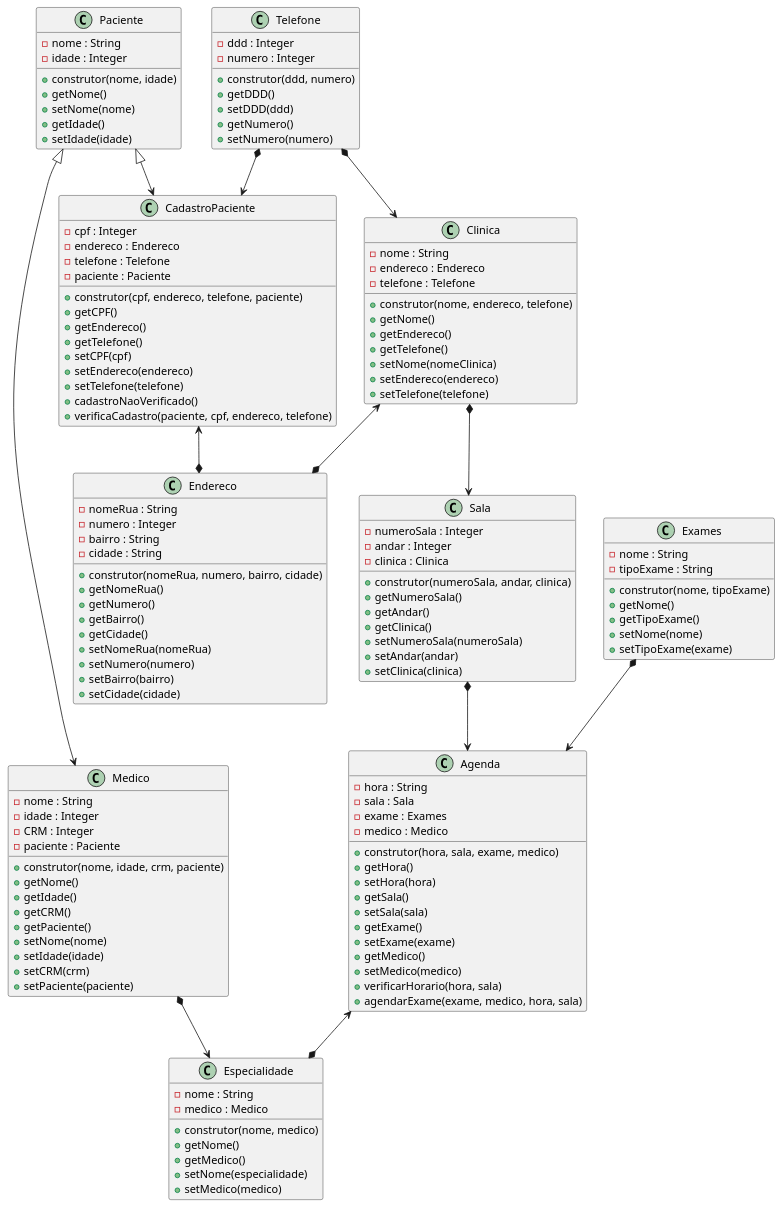
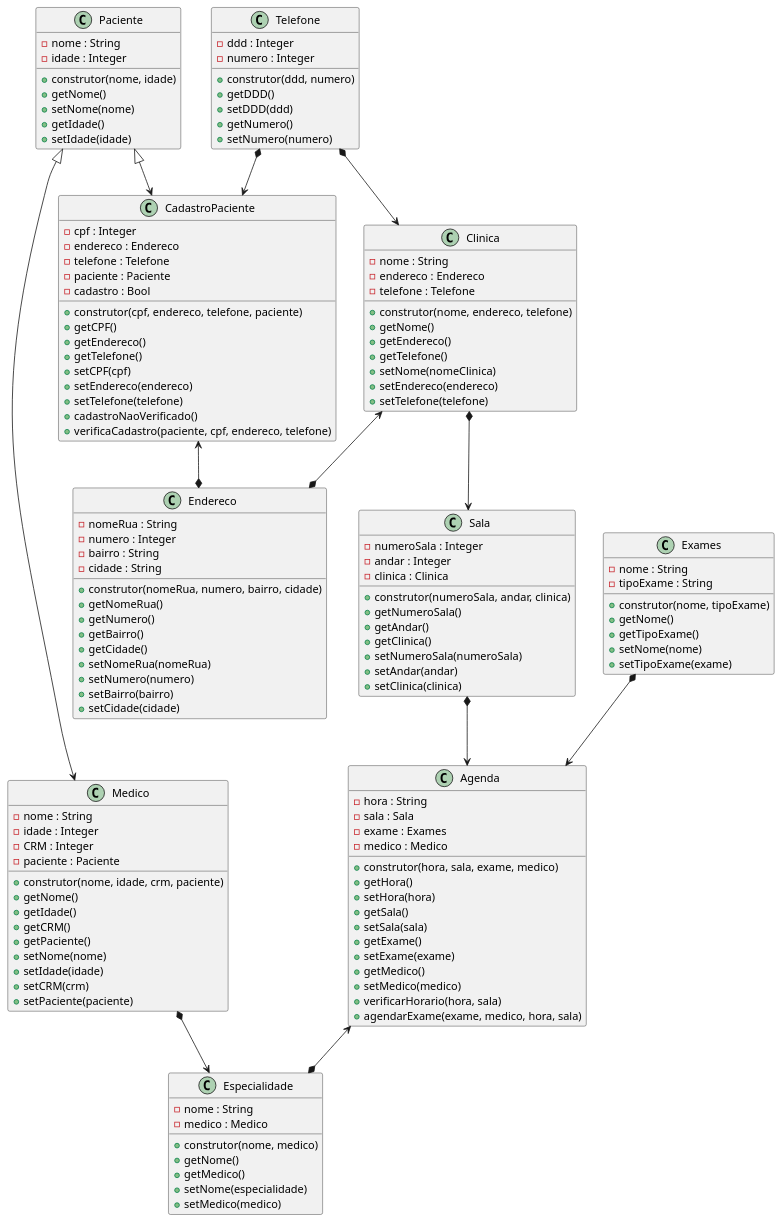
One commit to anleaes/2022-1-N2-POO-03 changed the diagram in diagrama.plantuml. Above: the diagram before and after it, drawn with PlantUML.

Commit message:
incluido atributo cadastro tipo bool em cadastroPaciente

```diff
--- a/diagrama.plantuml
+++ b/diagrama.plantuml
@@ -1,147 +1,148 @@
 @startuml Gerenciamento de Exames Medicos
 
     class Agenda{
         - hora : String
         - sala : Sala
         - exame : Exames
         - medico : Medico
         + construtor(hora, sala, exame, medico)
         + getHora()
         + setHora(hora)
         + getSala()
         + setSala(sala)
         + getExame()
         + setExame(exame)
         + getMedico()
         + setMedico(medico)
         + verificarHorario(hora, sala)
         + agendarExame(exame, medico, hora, sala)
     }
 
     class Paciente{
         - nome : String
         - idade : Integer
         + construtor(nome, idade)
         + getNome()
         + setNome(nome)
         + getIdade()
         + setIdade(idade)
     }
 
     class CadastroPaciente{
         - cpf : Integer
         - endereco : Endereco
         - telefone : Telefone
         - paciente : Paciente
+        - cadastro : Bool
         + construtor(cpf, endereco, telefone, paciente)
         + getCPF()
         + getEndereco()
         + getTelefone()
         + setCPF(cpf)
         + setEndereco(endereco)
         + setTelefone(telefone)
         + cadastroNaoVerificado()
         + verificaCadastro(paciente, cpf, endereco, telefone)
     }
 
     class Medico{
         - nome : String
         - idade : Integer
         - CRM : Integer
         - paciente : Paciente
         + construtor(nome, idade, crm, paciente)
         + getNome()
         + getIdade()
         + getCRM()
         + getPaciente()
         + setNome(nome)
         + setIdade(idade)
         + setCRM(crm)
         + setPaciente(paciente)
     }
 
     class Exames{
         - nome : String
         - tipoExame : String
         + construtor(nome, tipoExame)
         + getNome()
         + getTipoExame()
         + setNome(nome)
         + setTipoExame(exame)
     }
 
     class Especialidade{
         - nome : String
         - medico : Medico
         + construtor(nome, medico)
         + getNome()
         + getMedico()
         + setNome(especialidade)
         + setMedico(medico)
     }
 
     class Clinica{
         - nome : String
         - endereco : Endereco
         - telefone : Telefone
         + construtor(nome, endereco, telefone)
         + getNome()
         + getEndereco()
         + getTelefone()
         + setNome(nomeClinica)
         + setEndereco(endereco)
         + setTelefone(telefone)
     }
 
     class Sala{
         - numeroSala : Integer
         - andar : Integer
         - clinica : Clinica
         + construtor(numeroSala, andar, clinica)
         + getNumeroSala()
         + getAndar()
         + getClinica()
         + setNumeroSala(numeroSala)
         + setAndar(andar)
         + setClinica(clinica)
     }
 
     class Endereco{
         - nomeRua : String
         - numero : Integer
         - bairro : String
         - cidade : String
         + construtor(nomeRua, numero, bairro, cidade)
         + getNomeRua()
         + getNumero()
         + getBairro()
         + getCidade()
         + setNomeRua(nomeRua)
         + setNumero(numero)
         + setBairro(bairro)
         + setCidade(cidade)
     }
 
     class Telefone{
         - ddd : Integer
         - numero : Integer
         + construtor(ddd, numero)
         + getDDD()
         + setDDD(ddd)
         + getNumero()
         + setNumero(numero)
     }
 
     Paciente <|--> CadastroPaciente
     Paciente <|--> Medico
     Medico *--> Especialidade
     Exames *--> Agenda
     Sala *--> Agenda
     Agenda <--* Especialidade
     Clinica *--> Sala
     Clinica <--* Endereco
     CadastroPaciente <--* Endereco
     Telefone *--> Clinica
     Telefone *--> CadastroPaciente
 
 @enduml
```
